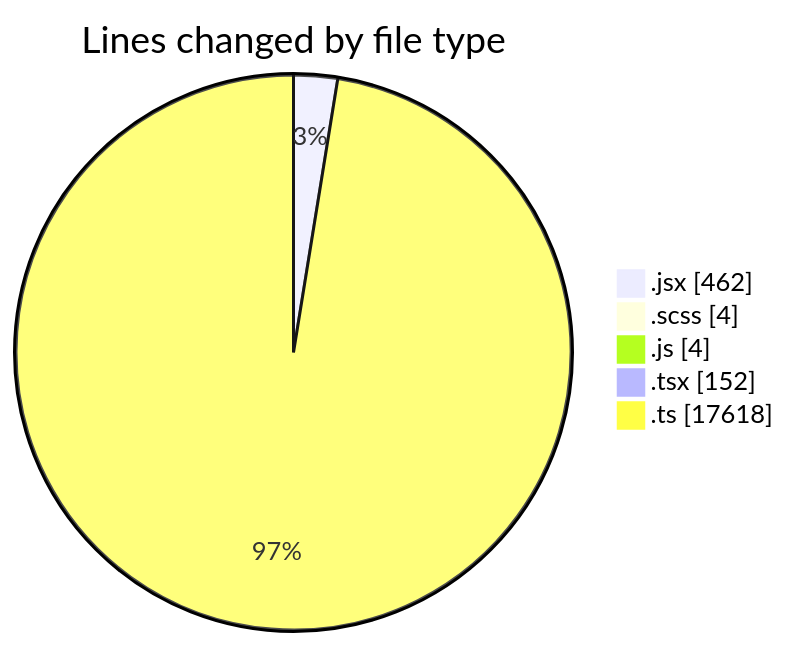
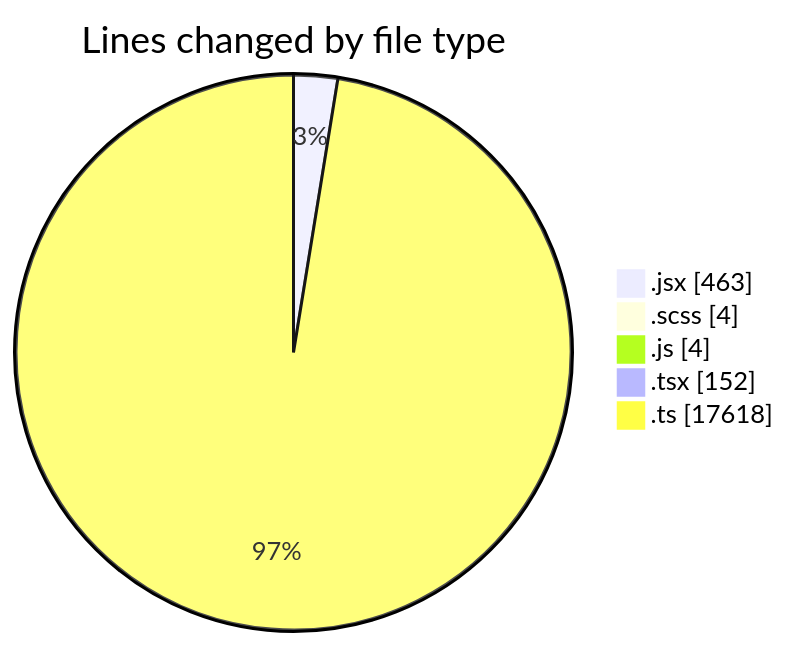
One commit to momahboobian/code-tracking changed the first of 2 diagrams in 2025-06-04/cda/README.md. Above: the diagram before and after it, drawn with Mermaid. The commit also changed other lines of this file and 1 other file, not shown here.

````diff
--- a/2025-06-04/cda/README.md
+++ b/2025-06-04/cda/README.md
@@ -25,9 +26,9 @@
 ```mermaid
 pie showData
 title Lines changed by file type
-".jsx" : 462
+".jsx" : 463
 ".scss" : 4
 ".js" : 4
 ".tsx" : 152
 ".ts" : 17618
 ```
````
